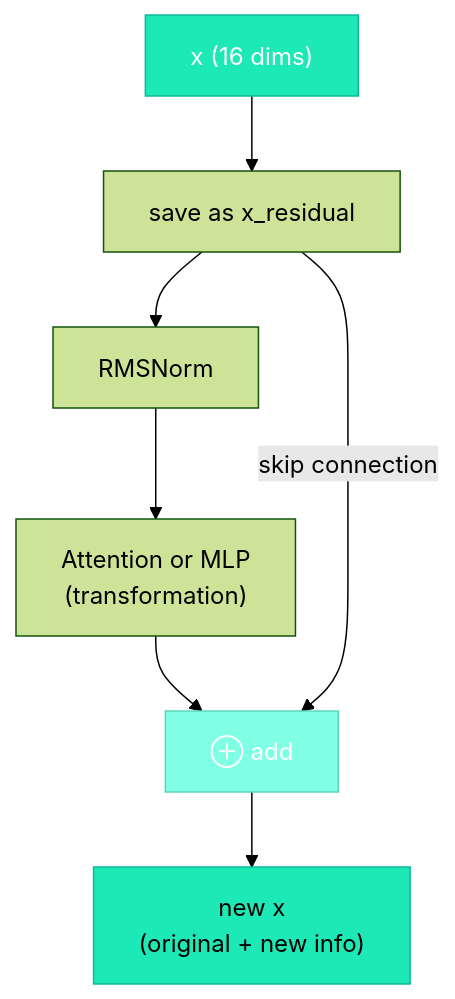
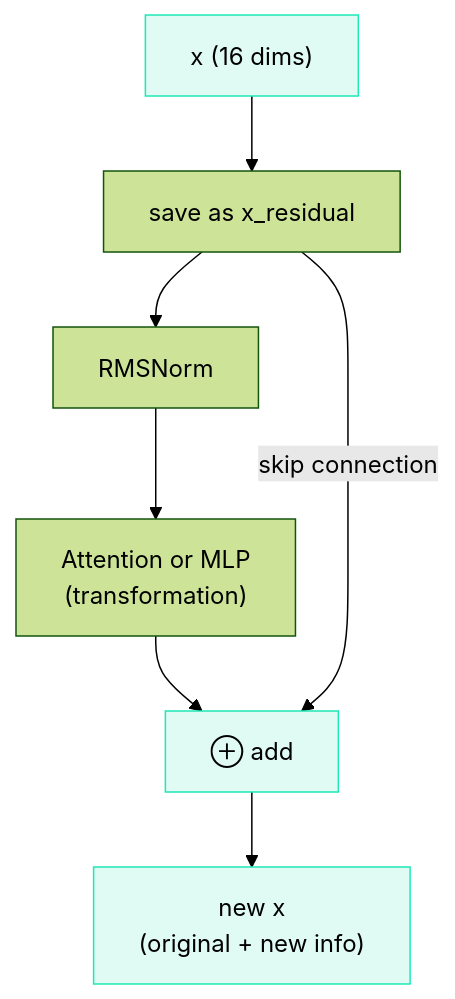
The diagram in docs/03-the-architecture/07-residual-connections.md (iamkhalid2/microgpt-course), drawn with Mermaid (forest theme) before and after one commit. The commit also changed 21 other files, not shown here.

Commit message:
Fix Mermaid: remove hardcoded text color (theme-adaptive), add mobile scrolling, fix \\n to br

````diff
--- a/docs/03-the-architecture/07-residual-connections.md
+++ b/docs/03-the-architecture/07-residual-connections.md
@@ -63,13 +63,13 @@
 ```mermaid
 flowchart TD
     X["x (16 dims)"] --> SAVE["save as x_residual"]
     SAVE --> NORM["RMSNorm"]
-    NORM --> BLOCK["Attention or MLP\n(transformation)"]
+    NORM --> BLOCK["Attention or MLP<br>(transformation)"]
     BLOCK --> ADD["⊕ add"]
     SAVE -- "skip connection" --> ADD
-    ADD --> OUT["new x\n(original + new info)"]
+    ADD --> OUT["new x<br>(original + new info)"]
 
-    style X fill:#1de9b6,stroke:#0db99a,color:#fff
-    style ADD fill:#80ffe5,stroke:#5cd4bc,color:#fff
-    style OUT fill:#1de9b6,stroke:#0db99a,color:#000
+    style X fill:#e0faf4,stroke:#1de9b6
+    style ADD fill:#e0faf4,stroke:#1de9b6
+    style OUT fill:#e0faf4,stroke:#1de9b6
 ```
````
